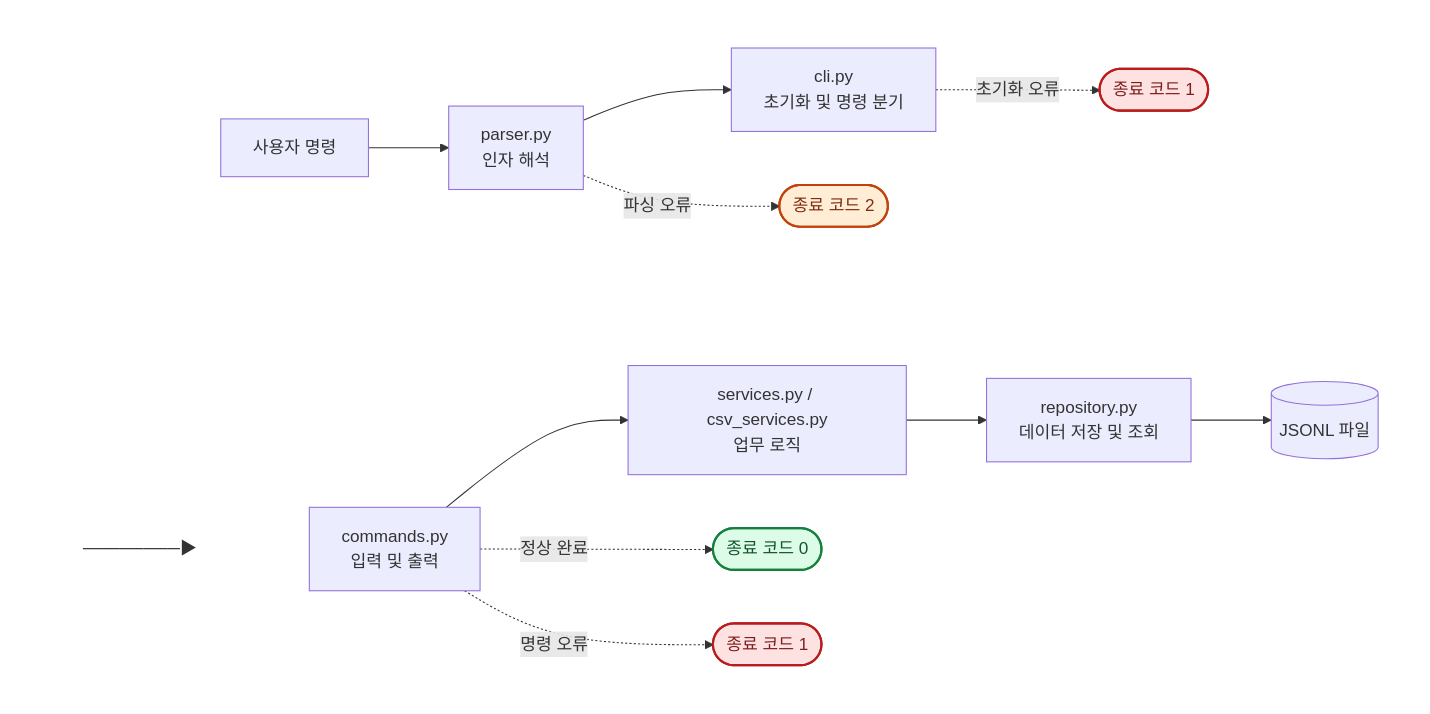
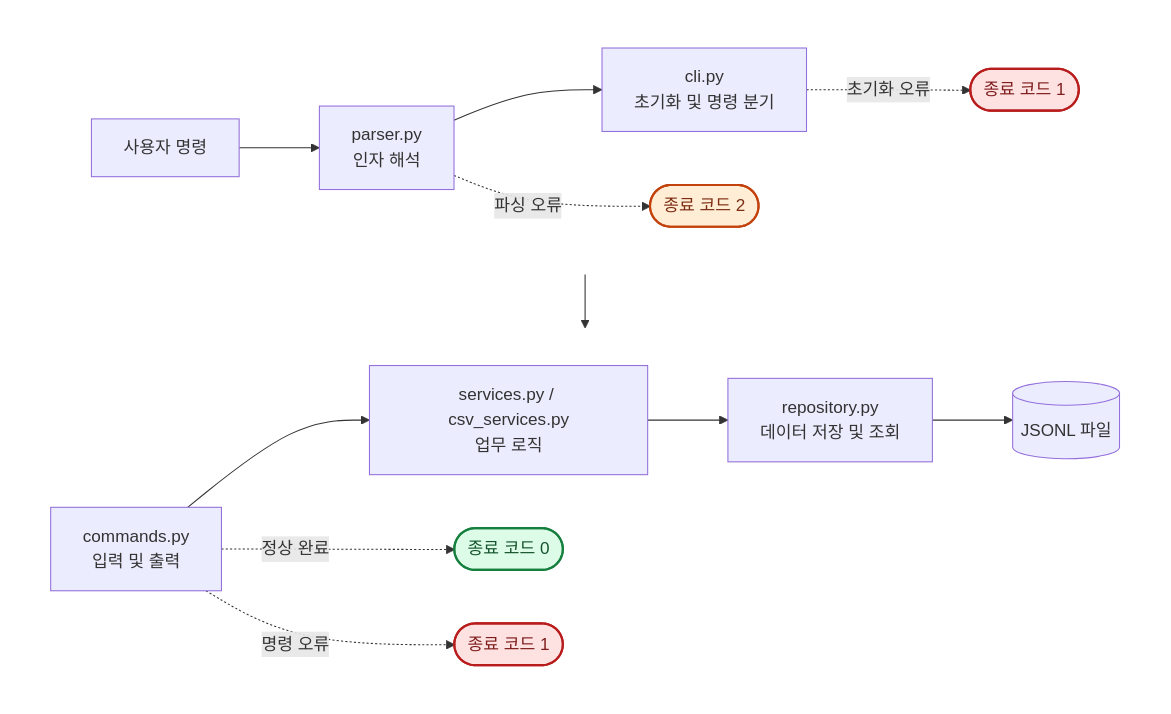
Before and after one commit to bllancck/B2-1.py-ledger-cli: the diagram in README.md, drawn with Mermaid.

Commit message:
docs: connect execution flow rows

````diff
--- a/README.md
+++ b/README.md
@@ -58,41 +58,40 @@
 ```mermaid
 ---
 config:
   layout: dagre
   look: classic
   flowchart:
     curve: basis
 ---
 flowchart TB
     subgraph first_row[" "]
         direction LR
         user[사용자 명령] --> parser[parser.py<br/>인자 해석]
         parser --> cli[cli.py<br/>초기화 및 명령 분기]
         parser -. 파싱 오류 .-> exit2([종료 코드 2])
         cli -. 초기화 오류 .-> init_error([종료 코드 1])
     end
 
     subgraph second_row[" "]
         direction LR
-        next["────────▶"] ~~~ commands[commands.py<br/>입력 및 출력]
+        commands[commands.py<br/>입력 및 출력]
         services[services.py / csv_services.py<br/>업무 로직]
         commands --> services
         services --> repository[repository.py<br/>데이터 저장 및 조회]
         repository --> files[(JSONL 파일)]
         commands -. 정상 완료 .-> exit0([종료 코드 0])
         commands -. 명령 오류 .-> command_error([종료 코드 1])
     end
 
-    first_row ~~~ second_row
+    first_row --> second_row
 
     style first_row fill:none,stroke:none
     style second_row fill:none,stroke:none
-    style next fill:none,stroke:none
 
     classDef exitSuccess fill:#dcfce7,stroke:#15803d,color:#14532d,stroke-width:2px
     classDef exitError fill:#fee2e2,stroke:#b91c1c,color:#7f1d1d,stroke-width:2px
     classDef exitParse fill:#ffedd5,stroke:#c2410c,color:#7c2d12,stroke-width:2px
     class exit0 exitSuccess
     class init_error,command_error exitError
     class exit2 exitParse
 ```
````
